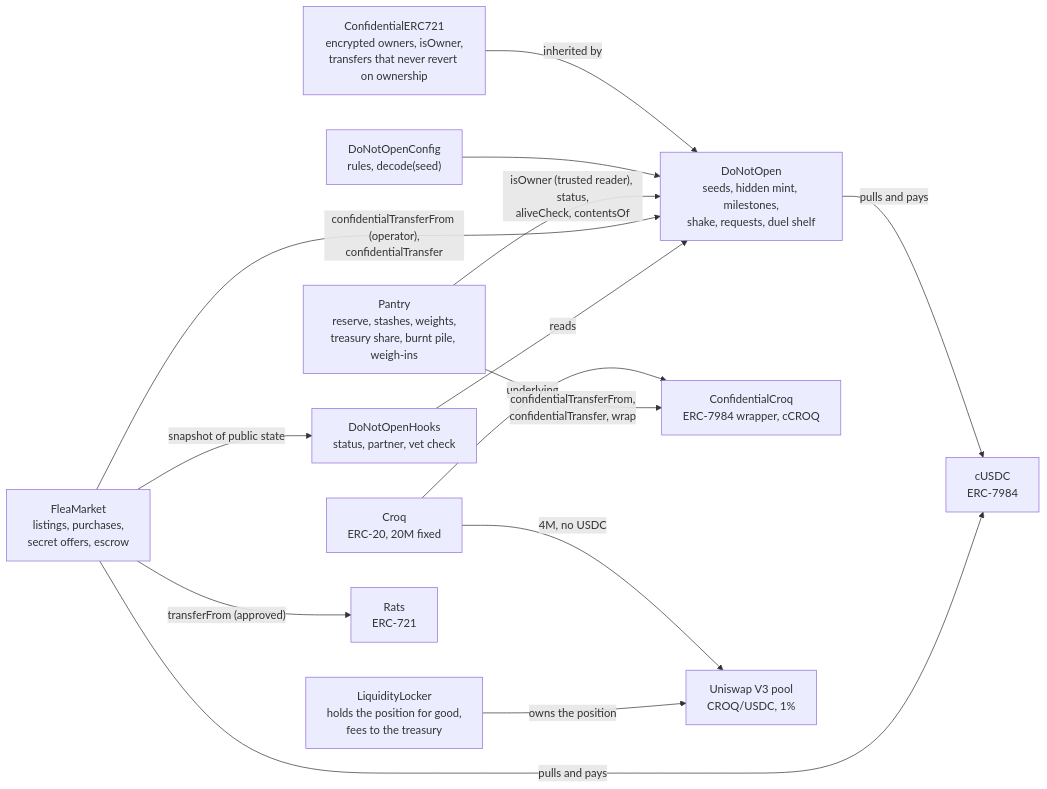
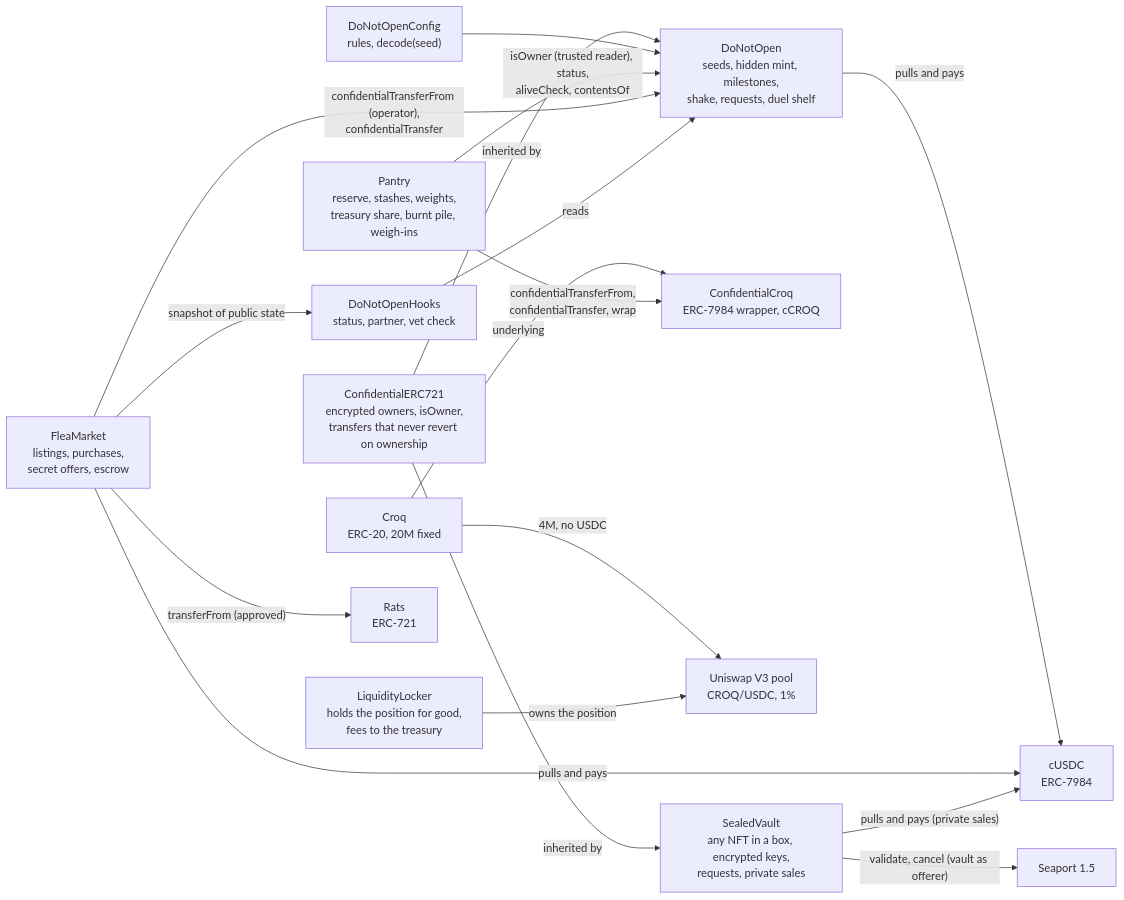
Before and after one commit to jecombe/do_not_open: the third of 6 diagrams in docs/ARCHITECTURE.md, drawn with Mermaid. The commit also changed other lines of this file and 74 other files, not shown here.

Commit message:
Add the sealed vault, where any NFT sits in a box whose holder is encrypted and sells on Seaport or privately, and deploy it on Sepolia

````diff
--- a/docs/ARCHITECTURE.md
+++ b/docs/ARCHITECTURE.md
@@ -67,16 +67,19 @@
 ```mermaid
 flowchart LR
   base["ConfidentialERC721<br/>encrypted owners, isOwner,<br/>transfers that never revert on ownership"] -- "inherited by" --> dno
   cfg["DoNotOpenConfig<br/>rules, decode(seed)"] --> dno["DoNotOpen<br/>seeds, hidden mint, milestones,<br/>shake, requests, duel shelf"]
   dno -- "pulls and pays" --> cusdc["cUSDC<br/>ERC-7984"]
   croq["Croq<br/>ERC-20, 20M fixed"] -- "underlying" --> ccroq["ConfidentialCroq<br/>ERC-7984 wrapper, cCROQ"]
   pantry["Pantry<br/>reserve, stashes, weights,<br/>treasury share, burnt pile, weigh-ins"] -- "isOwner (trusted reader), status,<br/>aliveCheck, contentsOf" --> dno
   pantry -- "confidentialTransferFrom,<br/>confidentialTransfer, wrap" --> ccroq
   croq -- "4M, no USDC" --> pool["Uniswap V3 pool<br/>CROQ/USDC, 1%"]
   locker["LiquidityLocker<br/>holds the position for good,<br/>fees to the treasury"] -- "owns the position" --> pool
   flea["FleaMarket<br/>listings, purchases,<br/>secret offers, escrow"] -- "confidentialTransferFrom (operator),<br/>confidentialTransfer" --> dno
   flea -- "snapshot of public state" --> hooks["DoNotOpenHooks<br/>status, partner, vet check"]
   hooks -- "reads" --> dno
   flea -- "transferFrom (approved)" --> rats["Rats<br/>ERC-721"]
   flea -- "pulls and pays" --> cusdc
+  base -- "inherited by" --> vault["SealedVault<br/>any NFT in a box, encrypted keys,<br/>requests, private sales"]
+  vault -- "validate, cancel (vault as offerer)" --> seaport["Seaport 1.5"]
+  vault -- "pulls and pays (private sales)" --> cusdc
 ```
````
